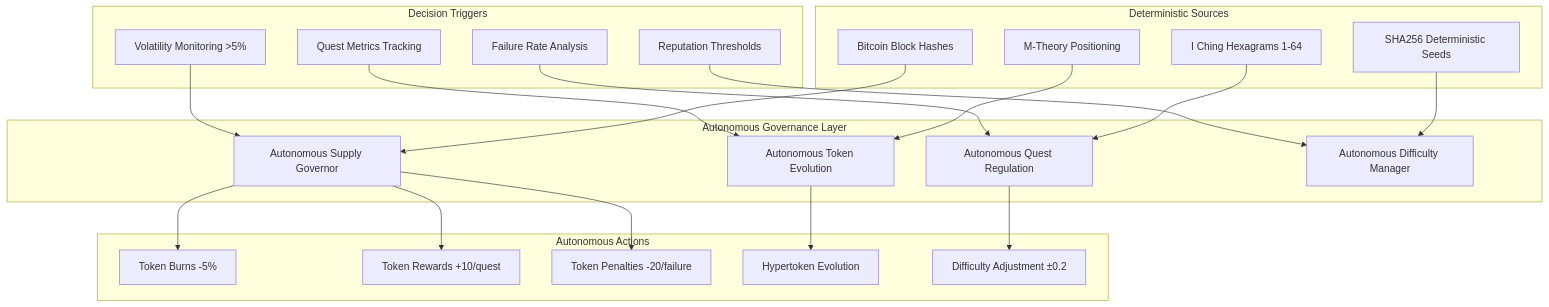
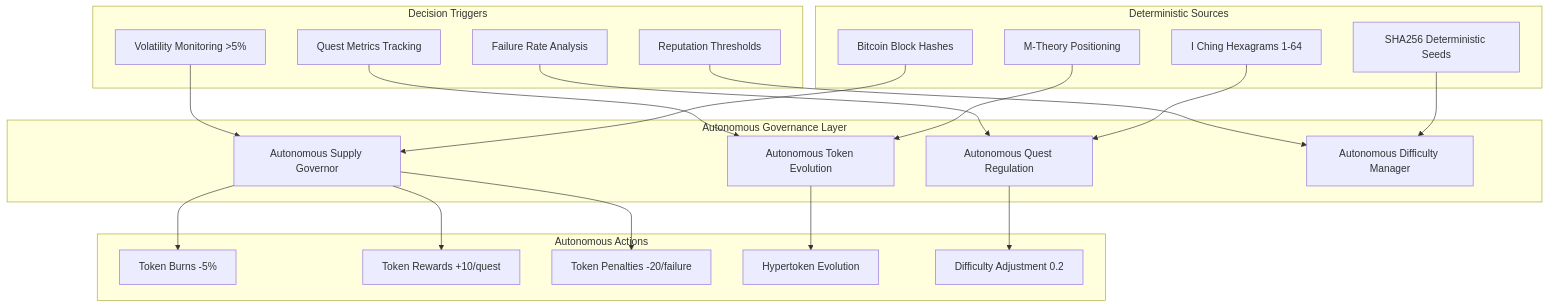
One commit to BTCEnoch/gov changed diagram 13 of 13 in docs/architecture/system_architecture.md. Above: the diagram before and after it, drawn with Mermaid. The commit also changed other lines of this file and 83 other files, not shown here.

First line of the commit message:
SACRED CODEX PURIFICATION & ARCHITECTURE COMPLETION

````diff
--- a/docs/architecture/system_architecture.md
+++ b/docs/architecture/system_architecture.md
@@ -429,47 +429,47 @@
 ```mermaid
 graph TB
     subgraph "Autonomous Governance Layer"
         ASG[Autonomous Supply Governor]
         ATE[Autonomous Token Evolution]
         AQR[Autonomous Quest Regulation]
         ADM[Autonomous Difficulty Manager]
     end
 
     subgraph "Decision Triggers"
         VM[Volatility Monitoring >5%]
         QM[Quest Metrics Tracking]
         FM[Failure Rate Analysis]
         RM[Reputation Thresholds]
     end
 
     subgraph "Deterministic Sources"
         BBH[Bitcoin Block Hashes]
         ICH[I Ching Hexagrams 1-64]
         MTP[M-Theory Positioning]
         SHA[SHA256 Deterministic Seeds]
     end
 
     subgraph "Autonomous Actions"
         TB[Token Burns -5%]
         TR[Token Rewards +10/quest]
         TP[Token Penalties -20/failure]
         HE[Hypertoken Evolution]
-        DA[Difficulty Adjustment ±0.2]
+        DA[Difficulty Adjustment 0.2]
     end
 
     VM --> ASG
     QM --> ATE
     FM --> AQR
     RM --> ADM
 
     ASG --> TB
     ASG --> TR
     ASG --> TP
     ATE --> HE
     AQR --> DA
 
     BBH --> ASG
     ICH --> AQR
     MTP --> ATE
     SHA --> ADM
 ```
````
